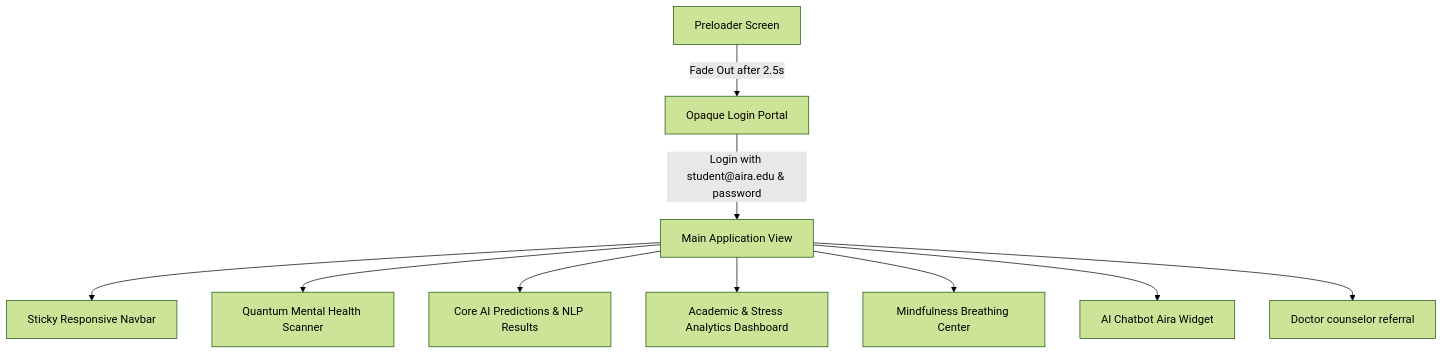
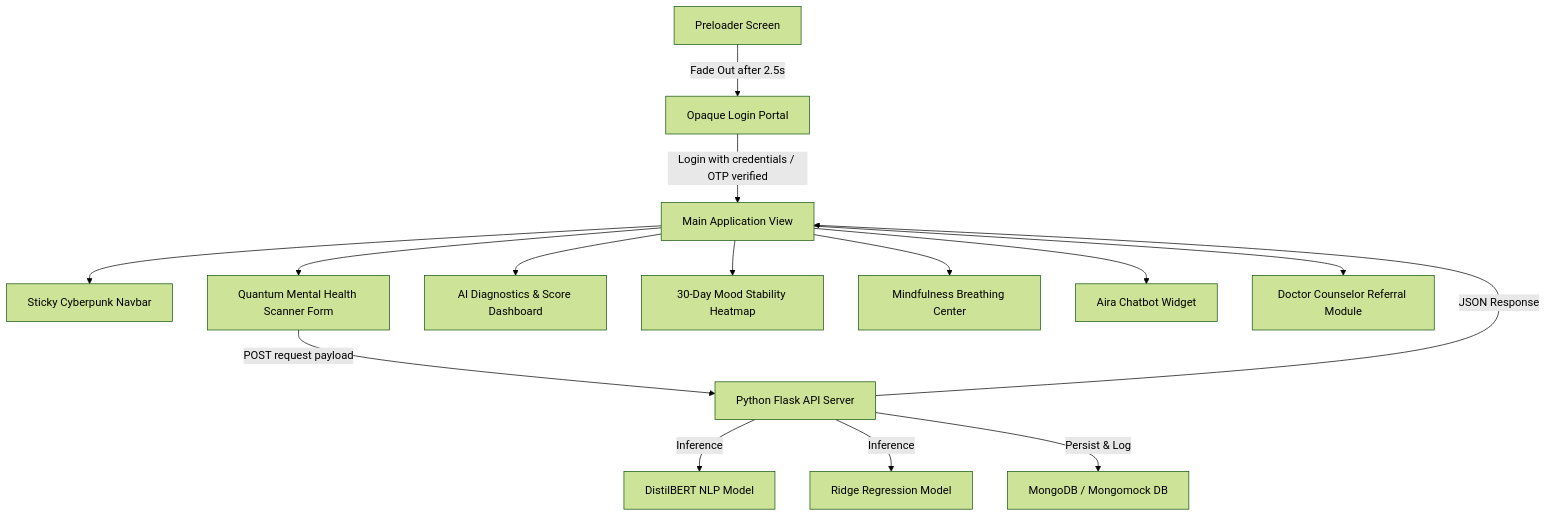
One commit to anandsinghrathore324-cmyk/Anandsinghrathore-Mental-Health-Monitoring changed the diagram in README.md. Above: the diagram before and after it, drawn with Mermaid (forest theme). The commit also changed other lines of this file and 3 other files, not shown here.

Commit message:
Remove frontend OTP alerts, mock student credentials, and default backend seeding

````diff
--- a/README.md
+++ b/README.md
@@ -11,12 +10,17 @@
 ```mermaid
 graph TD
     A[Preloader Screen] -->|Fade Out after 2.5s| B[Opaque Login Portal]
-    B -->|Login with student@aira.edu & password| C[Main Application View]
-    C --> D[Sticky Responsive Navbar]
-    C --> E[Quantum Mental Health Scanner]
-    C --> F[Core AI Predictions & NLP Results]
-    C --> G[Academic & Stress Analytics Dashboard]
-    C --> H[Mindfulness Breathing Center]
-    C --> I[AI Chatbot Aira Widget]
-    C --> J[Doctor counselor referral]
+    B -->|Login with credentials / OTP verified| C[Main Application View]
+    C --> D[Sticky Cyberpunk Navbar]
+    C --> E[Quantum Mental Health Scanner Form]
+    E -->|POST request payload| F[Python Flask API Server]
+    F -->|Inference| G1[DistilBERT NLP Model]
+    F -->|Inference| G2[Ridge Regression Model]
+    F -->|Persist & Log| H[MongoDB / Mongomock DB]
+    F -->|JSON Response| C
+    C --> I[AI Diagnostics & Score Dashboard]
+    C --> J[30-Day Mood Stability Heatmap]
+    C --> K[Mindfulness Breathing Center]
+    C --> L[Aira Chatbot Widget]
+    C --> M[Doctor Counselor Referral Module]
 ```
````
